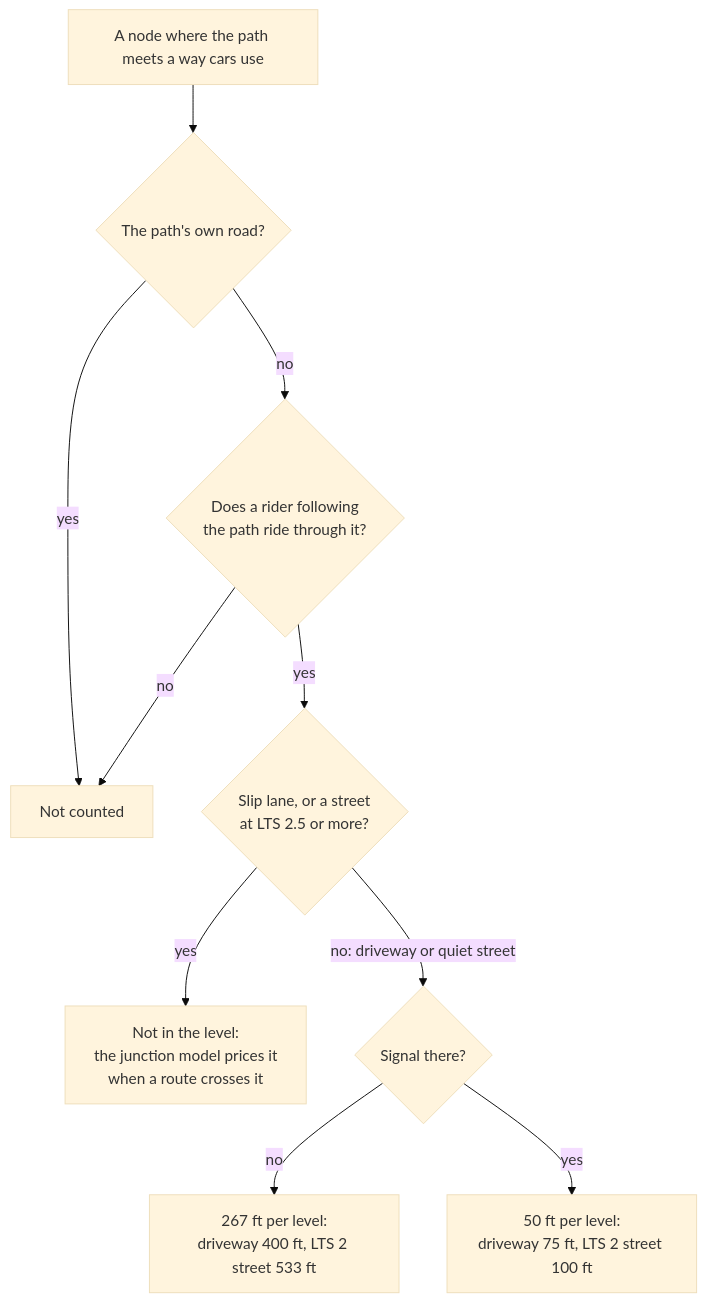
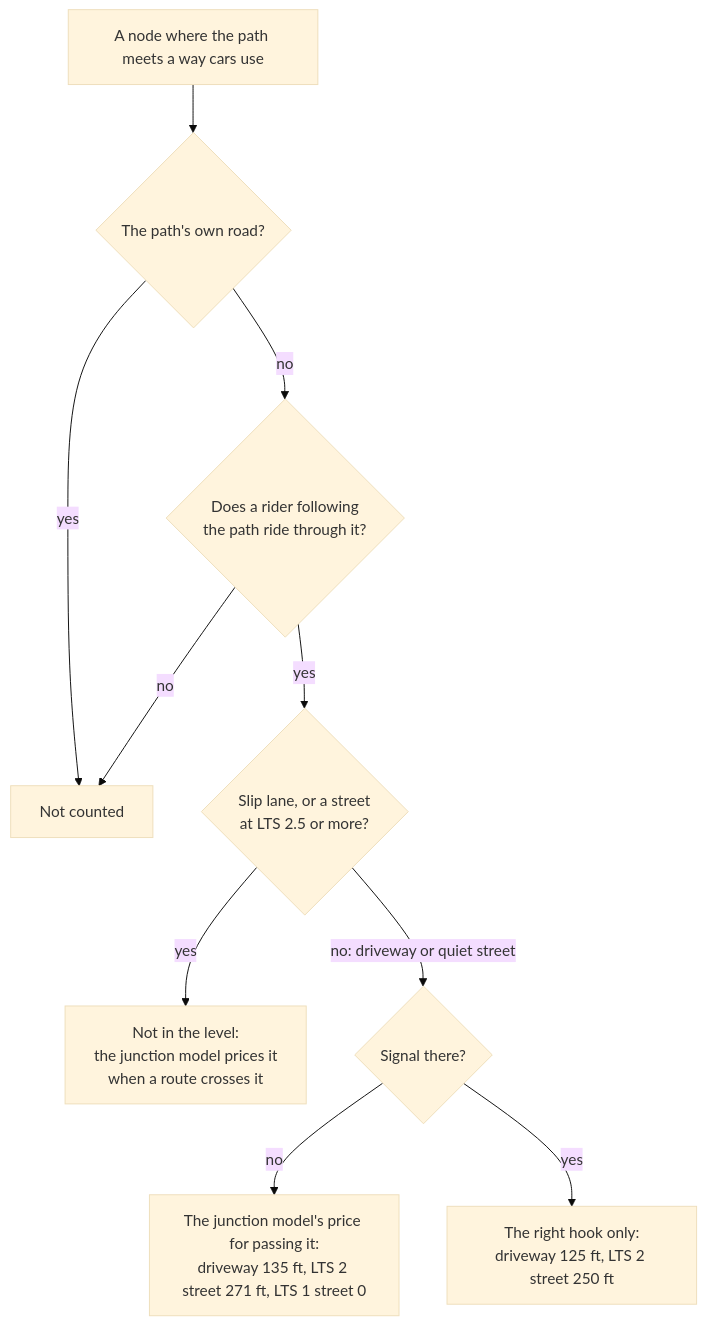
Before and after one commit to Macrophage87/RouteMaker: the third of 8 diagrams in docs/stress/side-paths.md, drawn with Mermaid (base theme). The commit also changed other lines of this file and 6 other files, not shown here.

First line of the commit message:
Merge seams: one reading of a crossed road, the side path's mouth priced by the junction model

````diff
--- a/docs/stress/side-paths.md
+++ b/docs/stress/side-paths.md
@@ -181,12 +181,12 @@
 ```mermaid
 flowchart TD
     P["A node where the path meets a way cars use"] --> O{"The path's own road?"}
     O -- yes --> X["Not counted"]
     O -- no --> T{"Does a rider following<br/>the path ride through it?"}
     T -- no --> X
     T -- yes --> B{"Slip lane, or a street<br/>at LTS 2.5 or more?"}
     B -- yes --> J["Not in the level:<br/>the junction model prices it<br/>when a route crosses it"]
     B -- "no: driveway or quiet street" --> G{"Signal there?"}
-    G -- no --> QF["267 ft per level:<br/>driveway 400 ft, LTS 2 street 533 ft"]
-    G -- yes --> SG["50 ft per level:<br/>driveway 75 ft, LTS 2 street 100 ft"]
+    G -- no --> QF["The junction model's price for passing it:<br/>driveway 135 ft, LTS 2 street 271 ft, LTS 1 street 0"]
+    G -- yes --> SG["The right hook only:<br/>driveway 125 ft, LTS 2 street 250 ft"]
 ```
````
